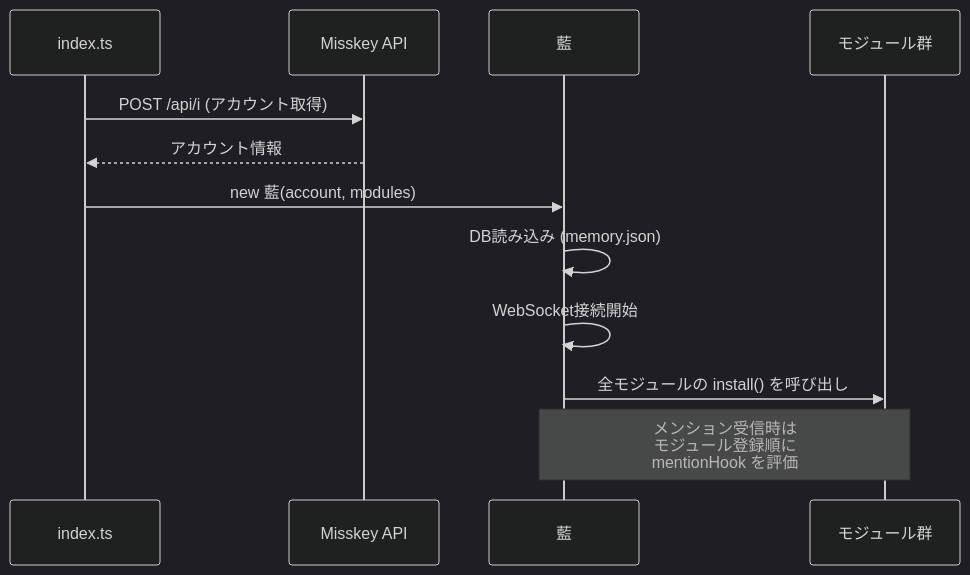
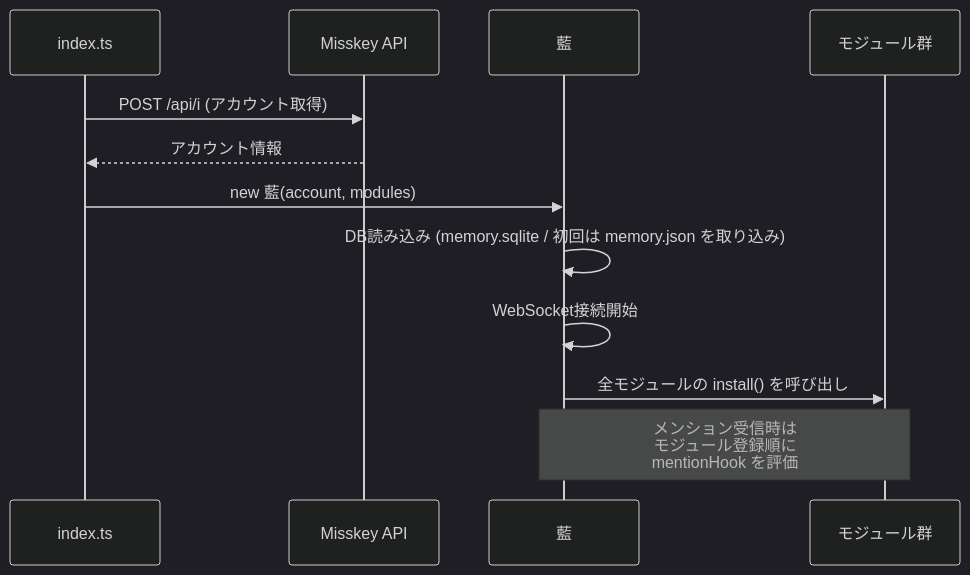
Before and after one commit to emtkmkk/ai: the fourth of 5 diagrams in README.md, drawn with Mermaid (dark theme). The commit also changed other lines of this file and 1 other file, not shown here.

Commit message:
memory.sqlite を memory.json に書き戻すスクリプトを追加し、README を更新

````diff
--- a/README.md
+++ b/README.md
@@ -330,15 +338,15 @@
 ```mermaid
 sequenceDiagram
     participant Boot as index.ts
     participant API as Misskey API
     participant AI as 藍
     participant Mod as モジュール群
 
     Boot->>API: POST /api/i (アカウント取得)
     API-->>Boot: アカウント情報
     Boot->>AI: new 藍(account, modules)
-    AI->>AI: DB読み込み (memory.json)
+    AI->>AI: DB読み込み (memory.sqlite / 初回は memory.json を取り込み)
     AI->>AI: WebSocket接続開始
     AI->>Mod: 全モジュールの install() を呼び出し
     Note over AI,Mod: メンション受信時は<br/>モジュール登録順に<br/>mentionHook を評価
 ```
````
